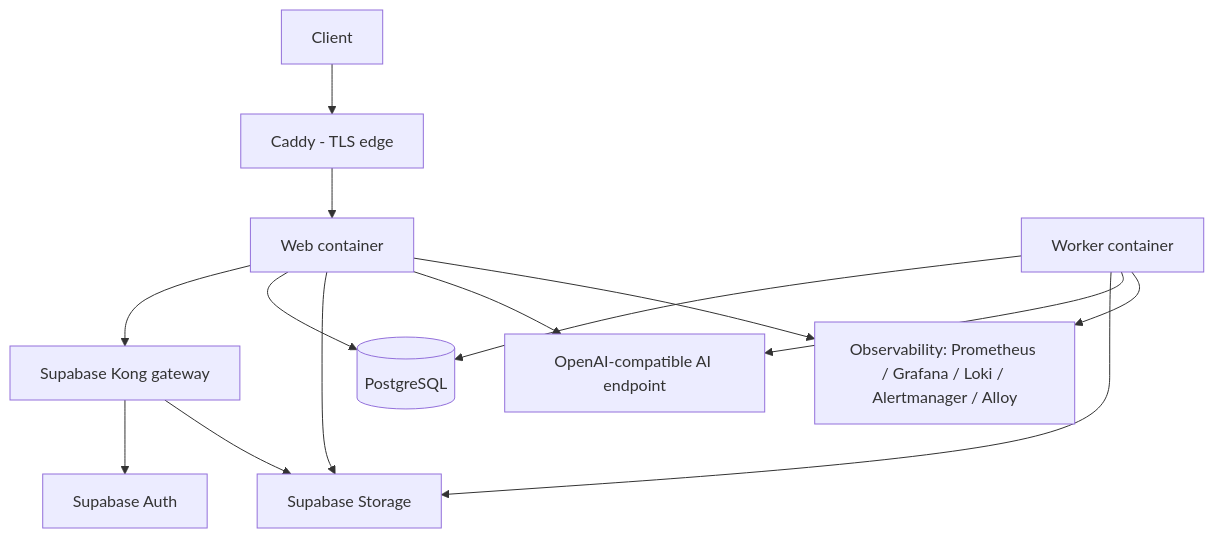
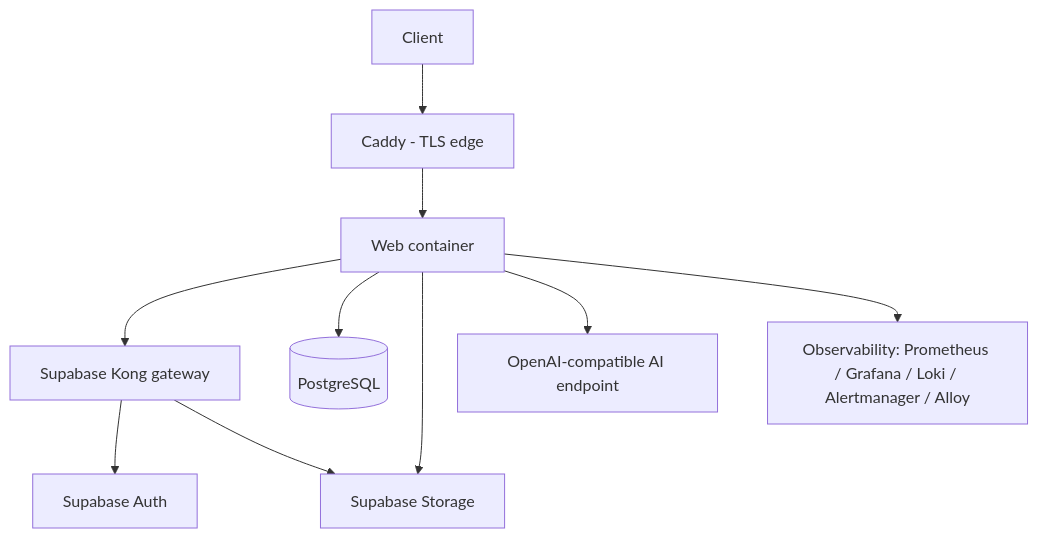
Before and after one commit to nxkolas/compliance: the diagram in my-app/docs/backend-architecture/system/deployment.md, drawn with Mermaid. The commit also changed other lines of this file and 84 other files, not shown here.

````diff
--- a/my-app/docs/backend-architecture/system/deployment.md
+++ b/my-app/docs/backend-architecture/system/deployment.md
@@ -54,27 +51,22 @@
 ```mermaid
 flowchart TB
     Client[Client]
     Caddy[Caddy - TLS edge]
     Web[Web container]
-    Worker[Worker container]
     Kong[Supabase Kong gateway]
     Auth[Supabase Auth]
     DB[(PostgreSQL)]
     Storage[Supabase Storage]
     AI[OpenAI-compatible AI endpoint]
     Obs[Observability: Prometheus / Grafana / Loki / Alertmanager / Alloy]
 
     Client --> Caddy
     Caddy --> Web
     Web --> Kong
     Web --> DB
-    Worker --> DB
-    Worker --> Storage
     Web --> Storage
     Web --> AI
-    Worker --> AI
     Web --> Obs
-    Worker --> Obs
     Kong --> Auth
     Kong --> Storage
 ```
````
